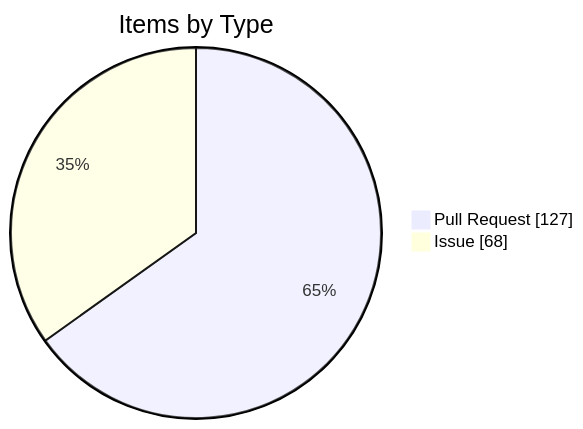
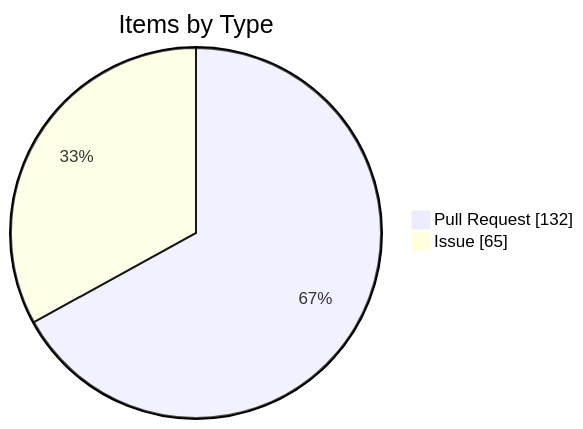
Before and after one commit to KBVE/kbve: the fourth of 4 diagrams in apps/kbve/astro-kbve/src/content/docs/dashboard/kanban-data.mdx, drawn with Mermaid. The commit also changed other lines of this file and 8 other files, not shown here.

````diff
--- a/apps/kbve/astro-kbve/src/content/docs/dashboard/kanban-data.mdx
+++ b/apps/kbve/astro-kbve/src/content/docs/dashboard/kanban-data.mdx
@@ -116,6 +116,6 @@
 ```mermaid
 pie showData
     title Items by Type
-    "Pull Request" : 127
-    "Issue" : 68
+    "Pull Request" : 132
+    "Issue" : 65
 ```
````
